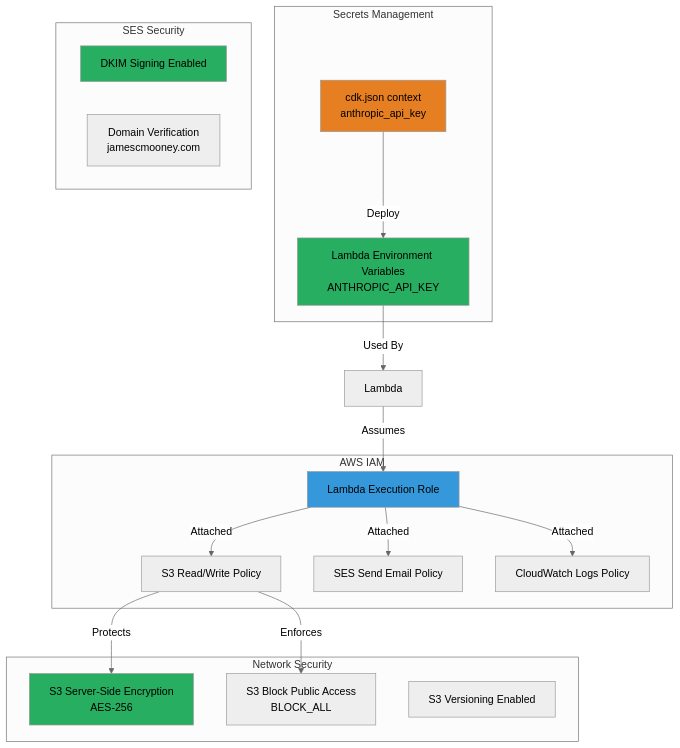
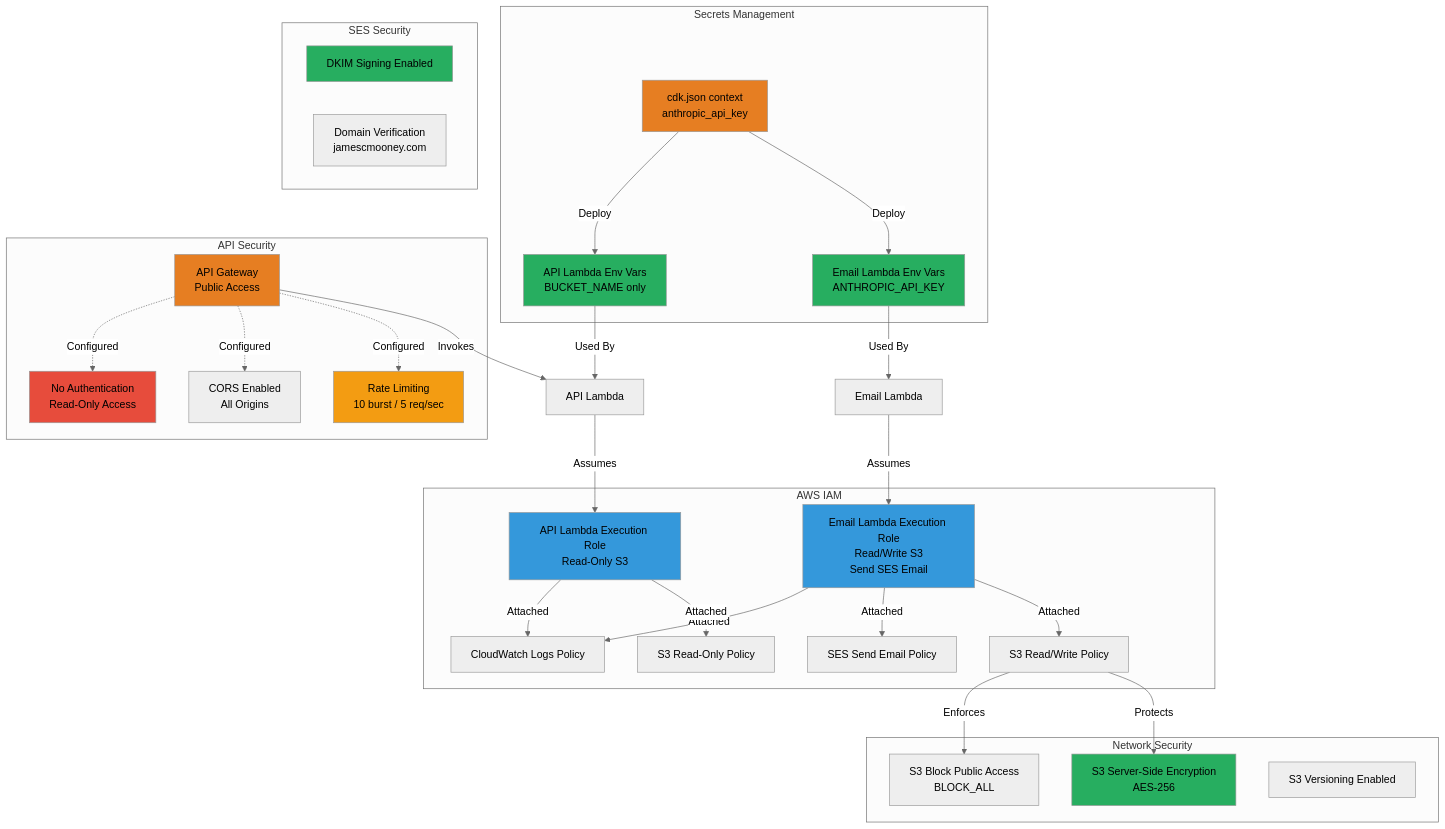
The seventh of 7 diagrams in ARCHITECTURE.md (jamesmoon2/MorningMeditations), drawn with Mermaid (neutral theme) before and after one commit. The commit also changed other lines of this file, not shown here.

First line of the commit message:
Update architecture documentation for API Gateway integration

````diff
--- a/ARCHITECTURE.md
+++ b/ARCHITECTURE.md
@@ -511,41 +709,69 @@
 ```mermaid
 graph TB
     subgraph "Secrets Management"
         CDK[cdk.json context<br/>anthropic_api_key]
-        Env[Lambda Environment Variables<br/>ANTHROPIC_API_KEY]
+        EmailEnv[Email Lambda Env Vars<br/>ANTHROPIC_API_KEY]
+        APIEnv[API Lambda Env Vars<br/>BUCKET_NAME only]
     end
 
     subgraph "AWS IAM"
-        Role[Lambda Execution Role]
+        EmailRole[Email Lambda Execution Role<br/>Read/Write S3<br/>Send SES Email]
+        APIRole[API Lambda Execution Role<br/>Read-Only S3]
         S3Policy[S3 Read/Write Policy]
+        S3ReadPolicy[S3 Read-Only Policy]
         SESPolicy[SES Send Email Policy]
         CWPolicy[CloudWatch Logs Policy]
+    end
+
+    subgraph "API Security"
+        APIGW[API Gateway<br/>Public Access]
+        RateLimit[Rate Limiting<br/>10 burst / 5 req/sec]
+        CORS[CORS Enabled<br/>All Origins]
+        NoAuth[No Authentication<br/>Read-Only Access]
     end
 
     subgraph "Network Security"
         S3Encryption[S3 Server-Side Encryption<br/>AES-256]
         S3Block[S3 Block Public Access<br/>BLOCK_ALL]
         S3Versioning[S3 Versioning Enabled]
     end
 
     subgraph "SES Security"
         DKIM[DKIM Signing Enabled]
         DomainVerification[Domain Verification<br/>jamescmooney.com]
     end
 
-    CDK -->|Deploy| Env
-    Env -->|Used By| Lambda
-    Lambda -->|Assumes| Role
-    Role -->|Attached| S3Policy
-    Role -->|Attached| SESPolicy
-    Role -->|Attached| CWPolicy
+    CDK -->|Deploy| EmailEnv
+    CDK -->|Deploy| APIEnv
+    EmailEnv -->|Used By| EmailLambda[Email Lambda]
+    APIEnv -->|Used By| APILambda[API Lambda]
+
+    EmailLambda -->|Assumes| EmailRole
+    APILambda -->|Assumes| APIRole
+
+    EmailRole -->|Attached| S3Policy
+    EmailRole -->|Attached| SESPolicy
+    EmailRole -->|Attached| CWPolicy
+
+    APIRole -->|Attached| S3ReadPolicy
+    APIRole -->|Attached| CWPolicy
 
     S3Policy -->|Protects| S3Encryption
     S3Policy -->|Enforces| S3Block
 
+    APIGW -->|Invokes| APILambda
+    APIGW -.->|Configured| RateLimit
+    APIGW -.->|Configured| CORS
+    APIGW -.->|Configured| NoAuth
+
     style CDK fill:#E67E22
-    style Env fill:#27AE60
-    style Role fill:#3498DB
+    style EmailEnv fill:#27AE60
+    style APIEnv fill:#27AE60
+    style EmailRole fill:#3498DB
+    style APIRole fill:#3498DB
     style S3Encryption fill:#27AE60
     style DKIM fill:#27AE60
+    style APIGW fill:#E67E22
+    style RateLimit fill:#F39C12
+    style NoAuth fill:#E74C3C
 ```
````
